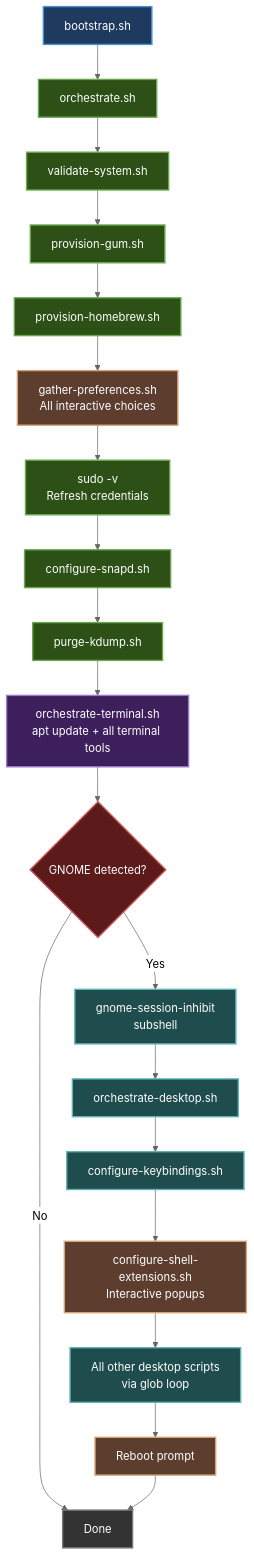
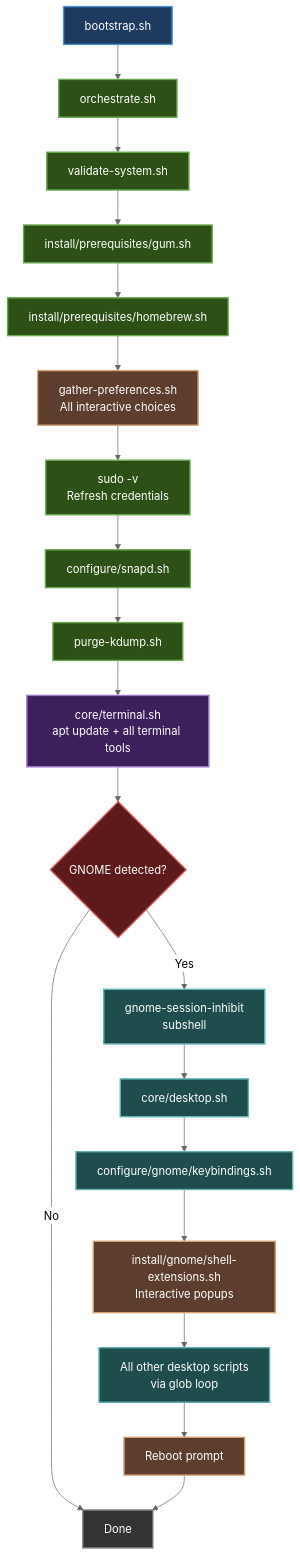
The first of 2 diagrams in CONTRIBUTING.md (itsnin/justbuntu), drawn with Mermaid (neutral theme) before and after one commit. The commit also changed other lines of this file and 114 other files, not shown here.

````diff
--- a/CONTRIBUTING.md
+++ b/CONTRIBUTING.md
@@ -73,30 +73,30 @@
 ```mermaid
 flowchart TD
     %% Color definitions — readable in both light and dark mode
     classDef entry fill:#1e3a5f,stroke:#4a90d9,stroke-width:2px,color:#ffffff
     classDef core fill:#2d5016,stroke:#6aa84f,stroke-width:2px,color:#ffffff
     classDef interactive fill:#5c3d2e,stroke:#d4a373,stroke-width:2px,color:#ffffff
     classDef terminal fill:#3d1f5c,stroke:#9b7cc9,stroke-width:2px,color:#ffffff
     classDef desktop fill:#1f4d4d,stroke:#5fb3b3,stroke-width:2px,color:#ffffff
     classDef decision fill:#5c1a1a,stroke:#c95a5a,stroke-width:2px,color:#ffffff
     classDef done fill:#333333,stroke:#777777,stroke-width:2px,color:#ffffff
 
     A[bootstrap.sh]:::entry --> B[orchestrate.sh]:::core
     B --> C[validate-system.sh]:::core
-    C --> D[provision-gum.sh]:::core
-    D --> E[provision-homebrew.sh]:::core
+    C --> D[install/prerequisites/gum.sh]:::core
+    D --> E[install/prerequisites/homebrew.sh]:::core
     E --> F[gather-preferences.sh<br/>All interactive choices]:::interactive
     F --> G[sudo -v<br/>Refresh credentials]:::core
-    G --> H[configure-snapd.sh]:::core
+    G --> H[configure/snapd.sh]:::core
     H --> I[purge-kdump.sh]:::core
-    I --> J[orchestrate-terminal.sh<br/>apt update + all terminal tools]:::terminal
+    I --> J[core/terminal.sh<br/>apt update + all terminal tools]:::terminal
     J --> K{GNOME detected?}:::decision
     K -->|No| L[Done]:::done
     K -->|Yes| M[gnome-session-inhibit<br/>subshell]:::desktop
-    M --> N[orchestrate-desktop.sh]:::desktop
-    N --> O[configure-keybindings.sh]:::desktop
-    O --> P[configure-shell-extensions.sh<br/>Interactive popups]:::interactive
+    M --> N[core/desktop.sh]:::desktop
+    N --> O[configure/gnome/keybindings.sh]:::desktop
+    O --> P[install/gnome/shell-extensions.sh<br/>Interactive popups]:::interactive
     P --> Q[All other desktop scripts<br/>via glob loop]:::desktop
     Q --> R[Reboot prompt]:::interactive
     R --> L
 ```
````
